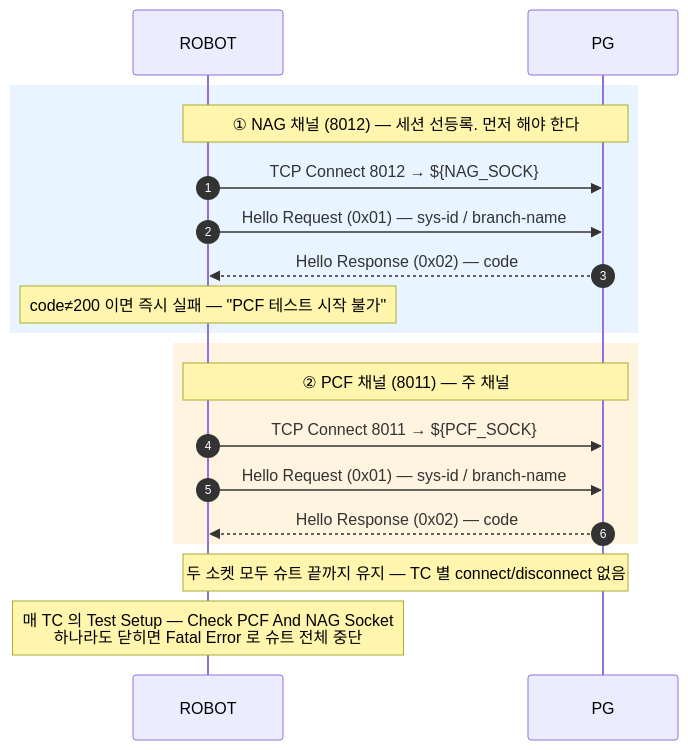
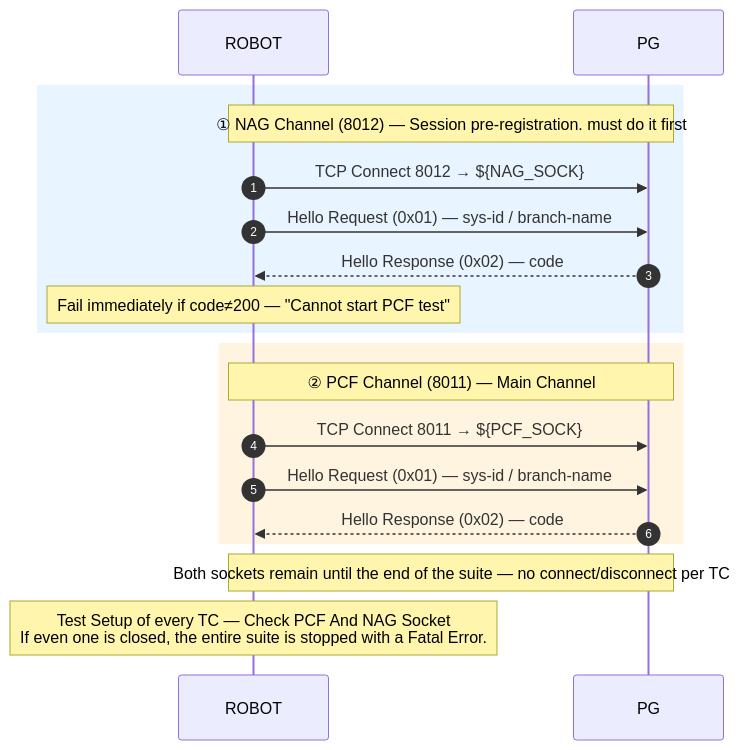
Before and after one commit to IanKim2030/tc4robot: the first of 3 diagrams in docs/callflow/pcf_callflow.md, drawn with Mermaid. The commit also changed other lines of this file and 83 other files, not shown here.

````diff
--- a/docs/callflow/pcf_callflow.md
+++ b/docs/callflow/pcf_callflow.md
@@ -26,24 +26,24 @@
 ```mermaid
 sequenceDiagram
     autonumber
     participant TOOL as ROBOT
     participant PG as PG
 
     rect rgba(64, 160, 255, 0.12)
-    Note over TOOL,PG: ① NAG 채널 (8012) — 세션 선등록. 먼저 해야 한다
+    Note over TOOL,PG:① NAG Channel (8012) — Session pre-registration. must do it first
         TOOL->>PG: TCP Connect 8012 → ${NAG_SOCK}
         TOOL->>PG: Hello Request (0x01) — sys-id / branch-name
         PG-->>TOOL: Hello Response (0x02) — code
-        Note over TOOL: code≠200 이면 즉시 실패 — "PCF 테스트 시작 불가"
+        Note over TOOL:Fail immediately if code≠200 — "Cannot start PCF test"
     end
 
     rect rgba(255, 176, 32, 0.14)
-    Note over TOOL,PG: ② PCF 채널 (8011) — 주 채널
+    Note over TOOL,PG:② PCF Channel (8011) — Main Channel
         TOOL->>PG: TCP Connect 8011 → ${PCF_SOCK}
         TOOL->>PG: Hello Request (0x01) — sys-id / branch-name
         PG-->>TOOL: Hello Response (0x02) — code
     end
 
-    Note over TOOL,PG: 두 소켓 모두 슈트 끝까지 유지 — TC 별 connect/disconnect 없음
-    Note over TOOL: 매 TC 의 Test Setup — Check PCF And NAG Socket<br/>하나라도 닫히면 Fatal Error 로 슈트 전체 중단
+    Note over TOOL,PG:Both sockets remain until the end of the suite — no connect/disconnect per TC
+    Note over TOOL:Test Setup of every TC — Check PCF And NAG Socket<br/>If even one is closed, the entire suite is stopped with a Fatal Error.
 ```
````
